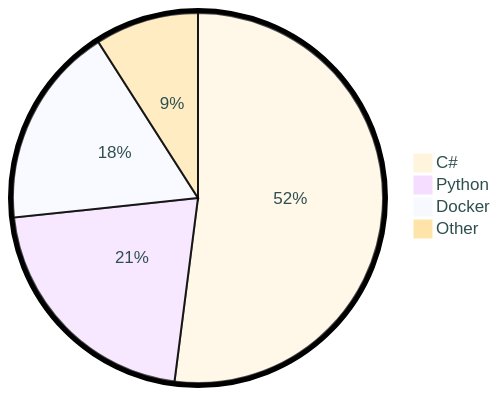
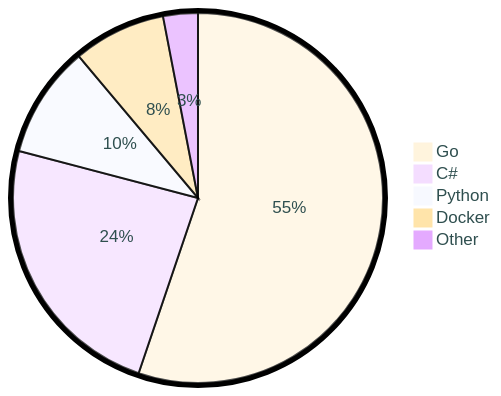
One commit to tot0p/tot0p changed the diagram in README.md. Above: the diagram before and after it, drawn with Mermaid. The commit also changed other lines of this file, not shown here.

````diff
--- a/README.md
+++ b/README.md
@@ -76,8 +79,9 @@
 ```mermaid
 %%{init: {"pie": {"textPosition": 0.5}, "themeVariables": {"pieOuterStrokeWidth": "5px","primaryTextColor" : "#2F4F4F"},"theme":"base"} }%%
 pie
-	"C#": 52.02
-	"Python": 21.29
-	"Docker": 17.63
-	"Other": 9.049999999999999
+	"Go": 55.2
+	"C#": 23.89
+	"Python": 9.78
+	"Docker": 8.1
+	"Other": 3.0299999999999994
 ```
````
